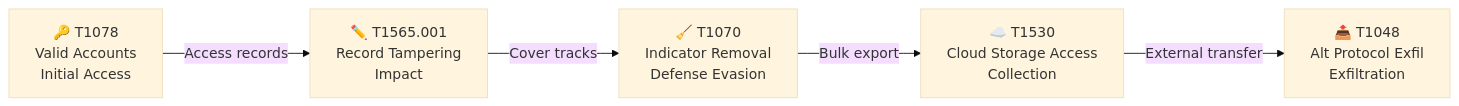
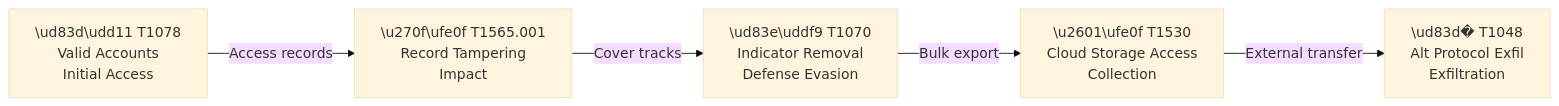
The second of 5 diagrams in reports/analyses/mitre-mapping.md (AurelienKumarathas/Complete-threat-model-for-healthcare-application), drawn with Mermaid (base theme) before and after one commit. The commit also changed other lines of this file, not shown here.

````diff
--- a/reports/analyses/mitre-mapping.md
+++ b/reports/analyses/mitre-mapping.md
@@ -121,7 +131,7 @@
 ```mermaid
 flowchart LR
-    A["🔑 T1078\nValid Accounts\nInitial Access"] -->|Access records| B["✏️ T1565.001\nRecord Tampering\nImpact"]
-    B -->|Cover tracks| C["🧹 T1070\nIndicator Removal\nDefense Evasion"]
-    C -->|Bulk export| D["☁️ T1530\nCloud Storage Access\nCollection"]
-    D -->|External transfer| E["📤 T1048\nAlt Protocol Exfil\nExfiltration"]
+    A["\ud83d\udd11 T1078\nValid Accounts\nInitial Access"] -->|Access records| B["\u270f\ufe0f T1565.001\nRecord Tampering\nImpact"]
+    B -->|Cover tracks| C["\ud83e\uddf9 T1070\nIndicator Removal\nDefense Evasion"]
+    C -->|Bulk export| D["\u2601\ufe0f T1530\nCloud Storage Access\nCollection"]
+    D -->|External transfer| E["\ud83d� T1048\nAlt Protocol Exfil\nExfiltration"]
 ```
````
